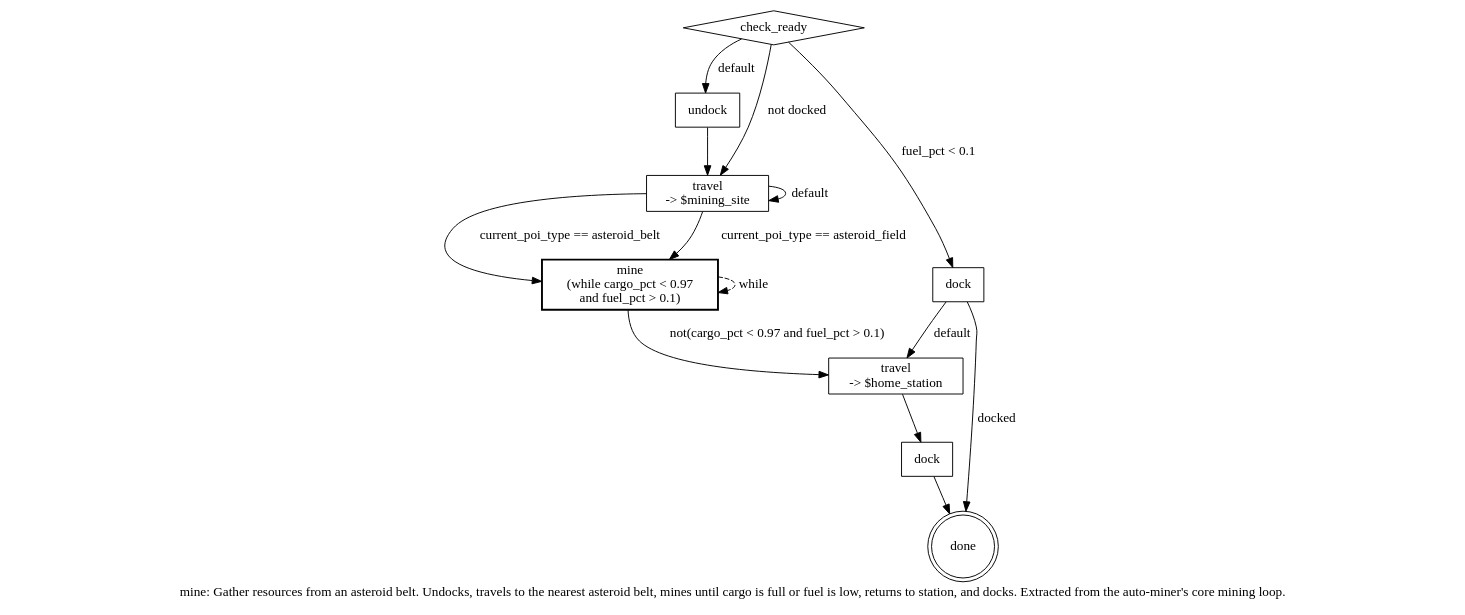
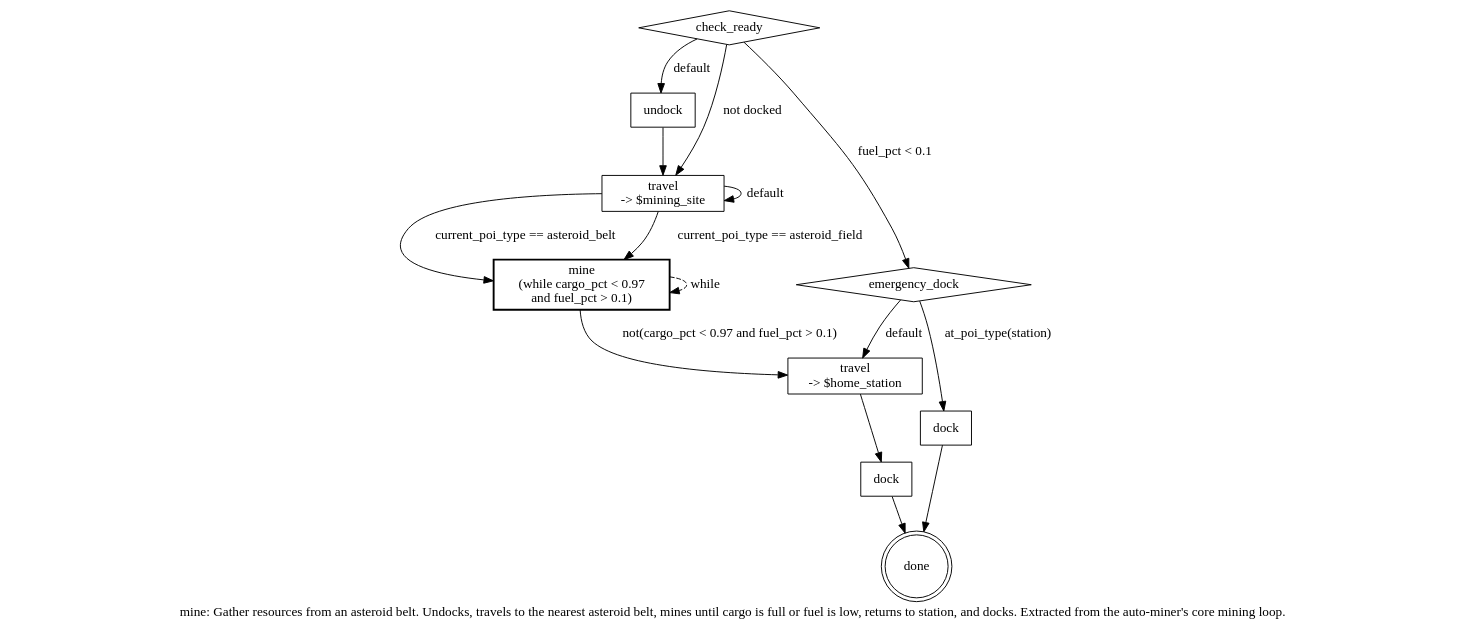
The diagram in data/skills/mine.dot (rsned/spacemolt), drawn with Graphviz before and after one commit. The commit also changed 136 other files, not shown here.

```diff
--- a/data/skills/mine.dot
+++ b/data/skills/mine.dot
@@ -1,27 +1,29 @@
 digraph mine {
   label="mine: Gather resources from an asteroid belt. Undocks, travels to the nearest asteroid belt, mines until cargo is full or fuel is low, returns to station, and docks. Extracted from the auto-miner's core mining loop.\n"
   rankdir=TB
 
   check_ready [shape=diamond label="check_ready"]
   undock [shape=box label="undock"]
   travel_to_belt [shape=box label="travel\n-> $mining_site"]
   mine_loop [shape=box style=bold label="mine\n(while cargo_pct < 0.97\nand fuel_pct > 0.1)"]
   return_to_station [shape=box label="travel\n-> $home_station"]
   dock [shape=box label="dock"]
-  emergency_dock [shape=box label="dock"]
+  emergency_dock [shape=diamond label="emergency_dock"]
+  emergency_dock_action [shape=box label="dock"]
   done [shape=doublecircle label="done"]
 
   check_ready -> emergency_dock [label="fuel_pct < 0.1"]
   check_ready -> travel_to_belt [label="not docked"]
   check_ready -> undock [label="default"]
   undock -> travel_to_belt
   travel_to_belt -> mine_loop [label="current_poi_type == asteroid_belt"]
   travel_to_belt -> mine_loop [label="current_poi_type == asteroid_field"]
   travel_to_belt -> travel_to_belt [label="default"]
   mine_loop -> mine_loop [style=dashed label="while"]
   mine_loop -> return_to_station [label="not(cargo_pct < 0.97 and fuel_pct > 0.1)"]
   return_to_station -> dock
   dock -> done
-  emergency_dock -> done [label="docked"]
+  emergency_dock -> emergency_dock_action [label="at_poi_type(station)"]
   emergency_dock -> return_to_station [label="default"]
+  emergency_dock_action -> done
 }
```
